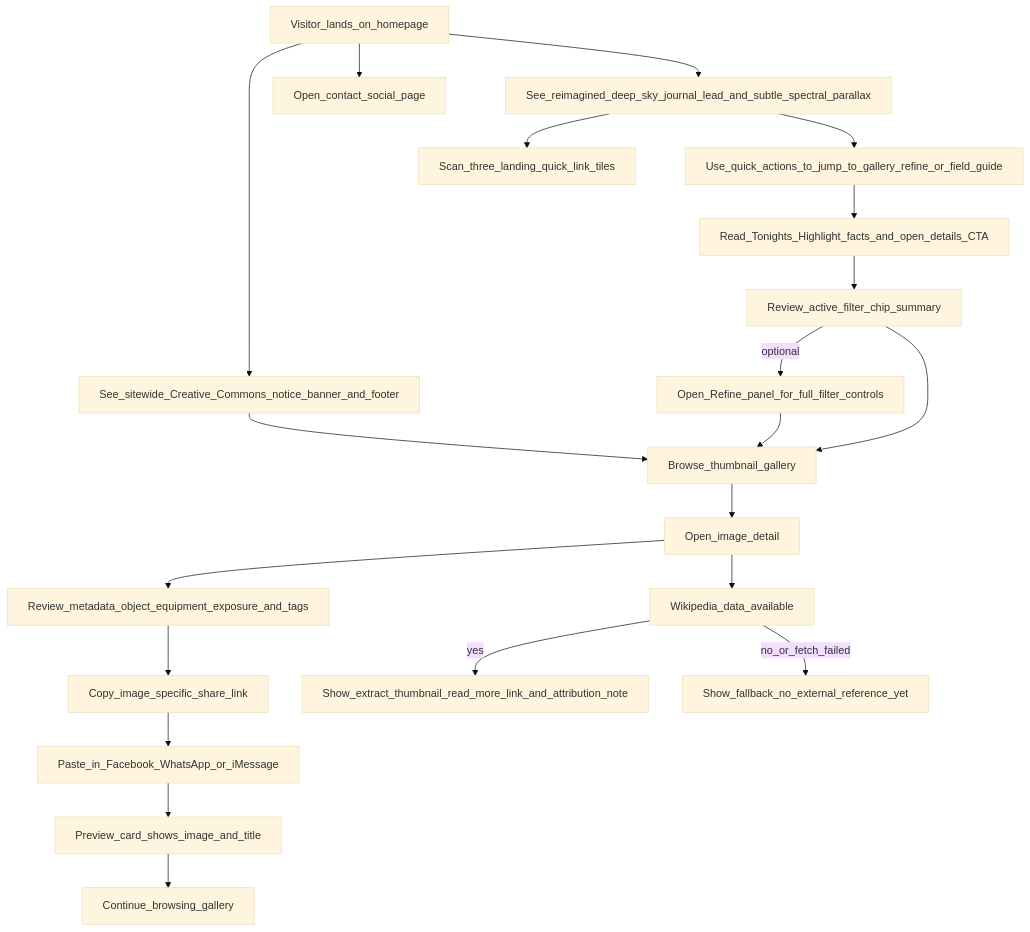
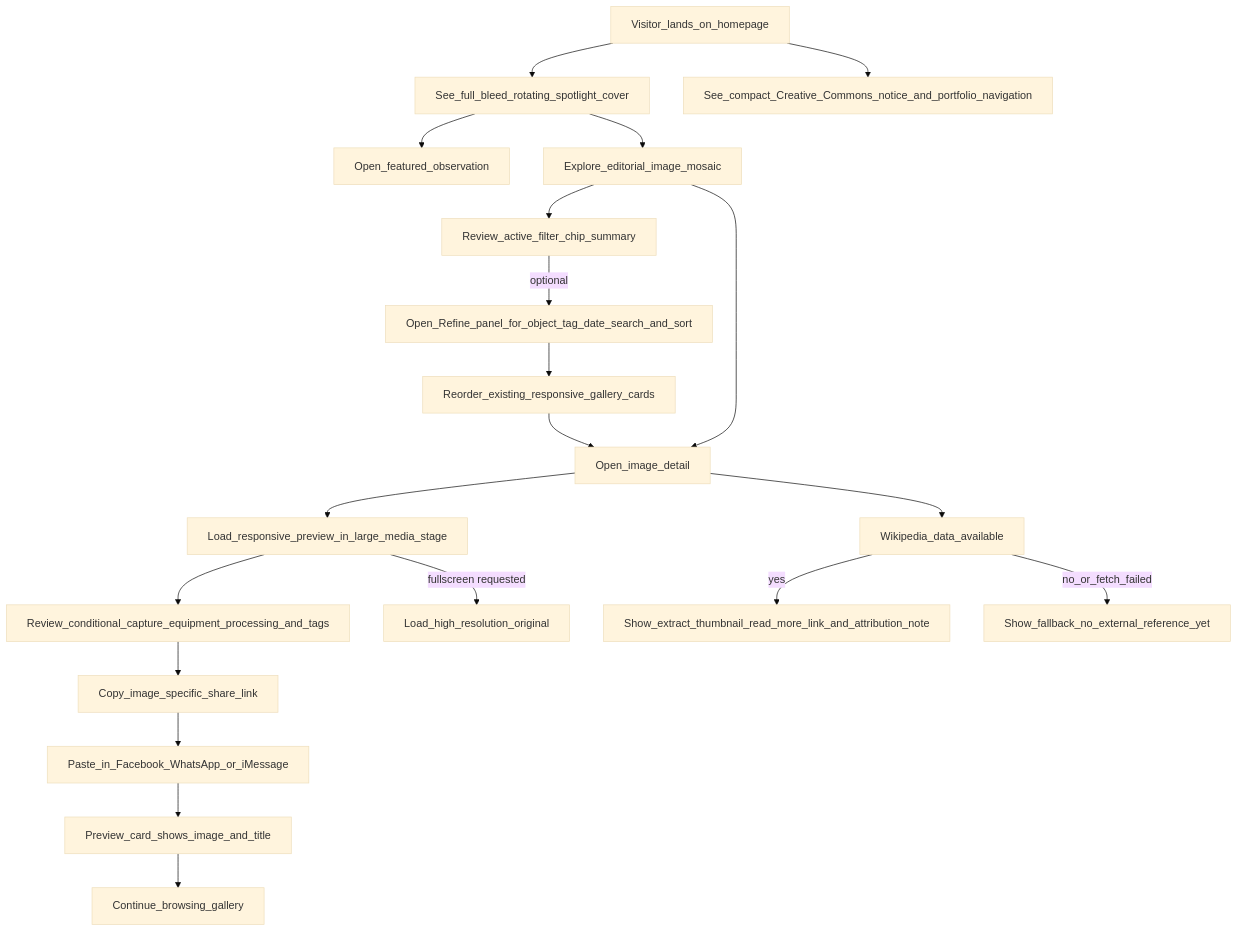
Before and after one commit to smeird/images: the first of 3 diagrams in README.md, drawn with Mermaid (base theme). The commit also changed other lines of this file and 9 other files, not shown here.

````diff
--- a/README.md
+++ b/README.md
@@ -211,23 +215,22 @@
 ```mermaid
 flowchart TD
-  Visitor_lands_on_homepage --> See_reimagined_deep_sky_journal_lead_and_subtle_spectral_parallax
-  Visitor_lands_on_homepage --> See_sitewide_Creative_Commons_notice_banner_and_footer
-  See_reimagined_deep_sky_journal_lead_and_subtle_spectral_parallax --> Use_quick_actions_to_jump_to_gallery_refine_or_field_guide
-  See_reimagined_deep_sky_journal_lead_and_subtle_spectral_parallax --> Scan_three_landing_quick_link_tiles
-  Use_quick_actions_to_jump_to_gallery_refine_or_field_guide --> Read_Tonights_Highlight_facts_and_open_details_CTA
-  Read_Tonights_Highlight_facts_and_open_details_CTA --> Review_active_filter_chip_summary
-  See_sitewide_Creative_Commons_notice_banner_and_footer --> Browse_thumbnail_gallery
-  Review_active_filter_chip_summary -->|optional| Open_Refine_panel_for_full_filter_controls
-  Open_Refine_panel_for_full_filter_controls --> Browse_thumbnail_gallery
-  Review_active_filter_chip_summary --> Browse_thumbnail_gallery
-  Visitor_lands_on_homepage --> Open_contact_social_page
-  Browse_thumbnail_gallery --> Open_image_detail
-  Open_image_detail --> Review_metadata_object_equipment_exposure_and_tags
-  Review_metadata_object_equipment_exposure_and_tags --> Copy_image_specific_share_link
+  Visitor_lands_on_homepage --> See_full_bleed_rotating_spotlight_cover
+  Visitor_lands_on_homepage --> See_compact_Creative_Commons_notice_and_portfolio_navigation
+  See_full_bleed_rotating_spotlight_cover --> Open_featured_observation
+  See_full_bleed_rotating_spotlight_cover --> Explore_editorial_image_mosaic
+  Explore_editorial_image_mosaic --> Review_active_filter_chip_summary
+  Review_active_filter_chip_summary -->|optional| Open_Refine_panel_for_object_tag_date_search_and_sort
+  Open_Refine_panel_for_object_tag_date_search_and_sort --> Reorder_existing_responsive_gallery_cards
+  Reorder_existing_responsive_gallery_cards --> Open_image_detail
+  Explore_editorial_image_mosaic --> Open_image_detail
+  Open_image_detail --> Load_responsive_preview_in_large_media_stage
+  Load_responsive_preview_in_large_media_stage --> Review_conditional_capture_equipment_processing_and_tags
+  Load_responsive_preview_in_large_media_stage -->|fullscreen requested| Load_high_resolution_original
+  Review_conditional_capture_equipment_processing_and_tags --> Copy_image_specific_share_link
   Copy_image_specific_share_link --> Paste_in_Facebook_WhatsApp_or_iMessage
   Paste_in_Facebook_WhatsApp_or_iMessage --> Preview_card_shows_image_and_title
   Preview_card_shows_image_and_title --> Continue_browsing_gallery
   Open_image_detail --> Wikipedia_data_available
   Wikipedia_data_available -->|yes| Show_extract_thumbnail_read_more_link_and_attribution_note
   Wikipedia_data_available -->|no_or_fetch_failed| Show_fallback_no_external_reference_yet
 ```
````
